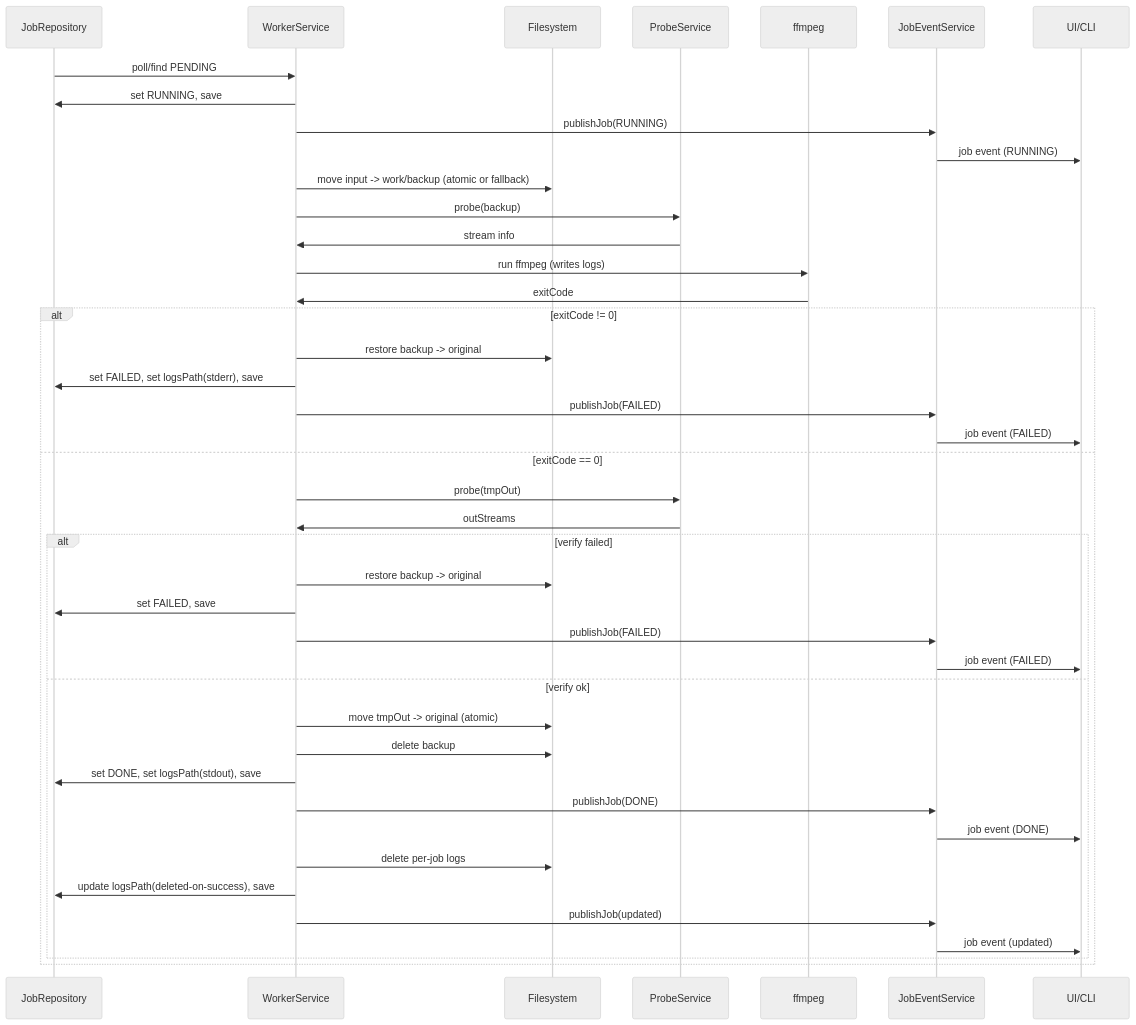
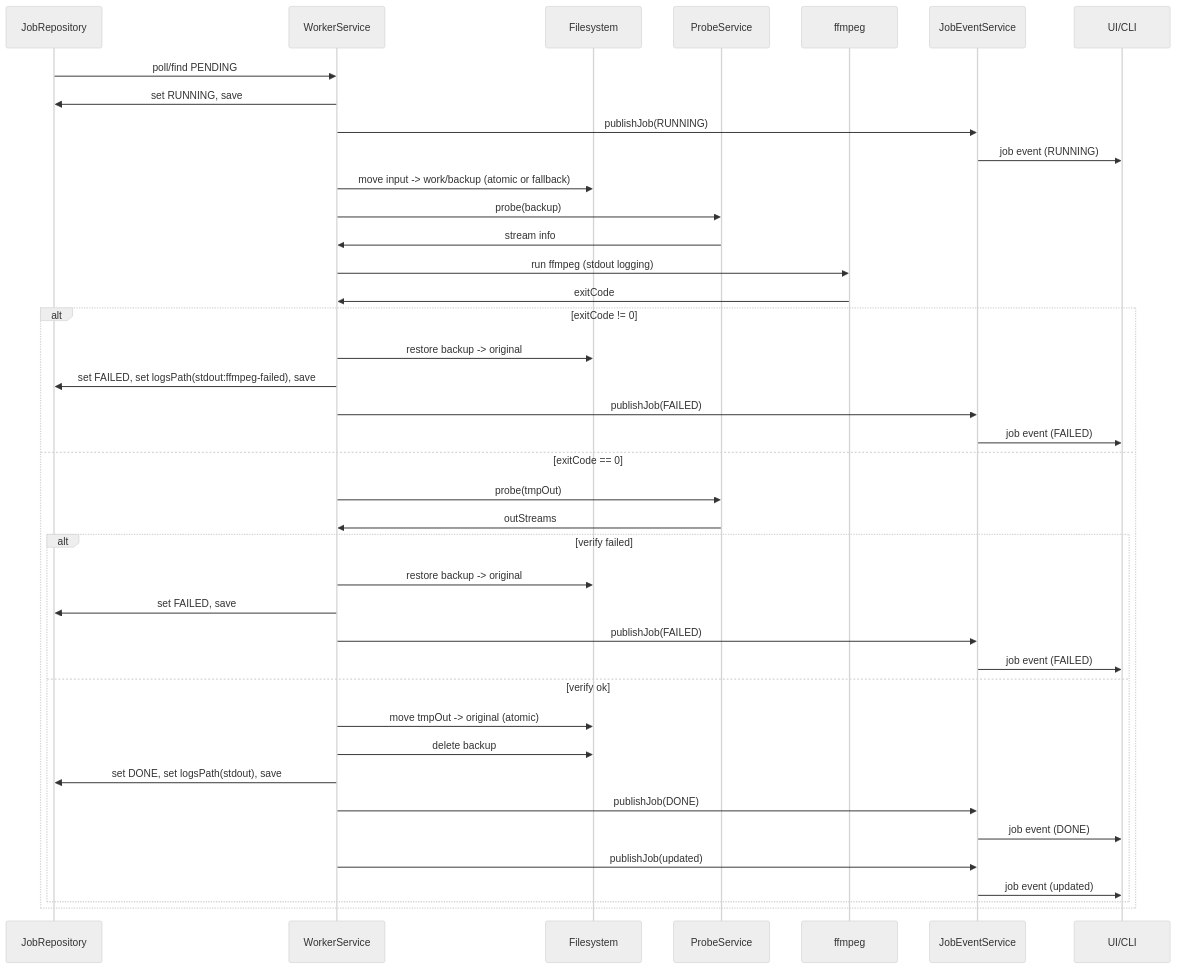
Before and after one commit to martinrevert/AACKiller: the third of 5 diagrams in README.md, drawn with Mermaid (neutral theme). The commit also changed other lines of this file and 10 other files, not shown here.

````diff
--- a/README.md
+++ b/README.md
@@ -102,47 +102,45 @@
 ```mermaid
 sequenceDiagram
 	participant Repo as JobRepository
 	participant Worker as WorkerService
 	participant FS as Filesystem
 	participant Probe as ProbeService
 	participant FF as ffmpeg
 	participant Events as JobEventService
 	participant Client as UI/CLI
 
 	Repo->>Worker: poll/find PENDING
 	Worker->>Repo: set RUNNING, save
 	Worker->>Events: publishJob(RUNNING)
 	Events->>Client: job event (RUNNING)
 
 	Worker->>FS: move input -> work/backup (atomic or fallback)
 	Worker->>Probe: probe(backup)
 	Probe->>Worker: stream info
-	Worker->>FF: run ffmpeg (writes logs)
+	Worker->>FF: run ffmpeg (stdout logging)
 	FF->>Worker: exitCode
 
 	alt exitCode != 0
 		Worker->>FS: restore backup -> original
-		Worker->>Repo: set FAILED, set logsPath(stderr), save
+		Worker->>Repo: set FAILED, set logsPath(stdout:ffmpeg-failed), save
 		Worker->>Events: publishJob(FAILED)
 		Events->>Client: job event (FAILED)
 	else exitCode == 0
 		Worker->>Probe: probe(tmpOut)
 		Probe->>Worker: outStreams
 		alt verify failed
 			Worker->>FS: restore backup -> original
 			Worker->>Repo: set FAILED, save
 			Worker->>Events: publishJob(FAILED)
 			Events->>Client: job event (FAILED)
 		else verify ok
 			Worker->>FS: move tmpOut -> original (atomic)
 			Worker->>FS: delete backup
 			Worker->>Repo: set DONE, set logsPath(stdout), save
 			Worker->>Events: publishJob(DONE)
 			Events->>Client: job event (DONE)
-			Worker->>FS: delete per-job logs
-			Worker->>Repo: update logsPath(deleted-on-success), save
 			Worker->>Events: publishJob(updated)
 			Events->>Client: job event (updated)
 		end
 	end
 ```
````
